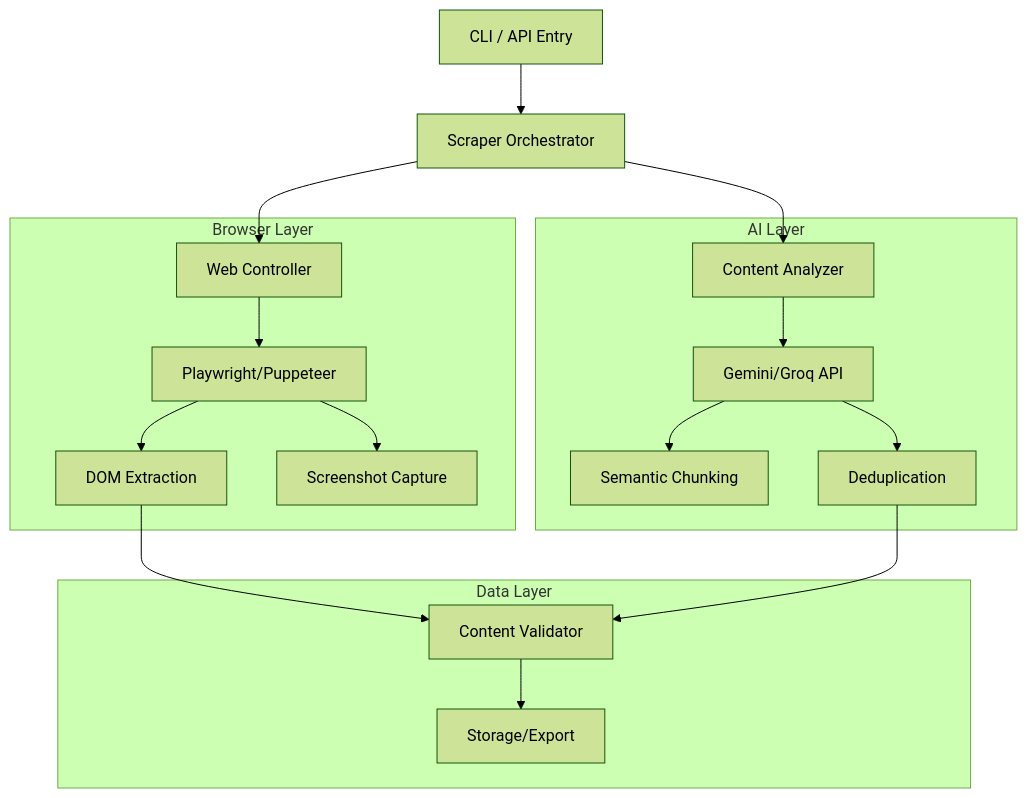
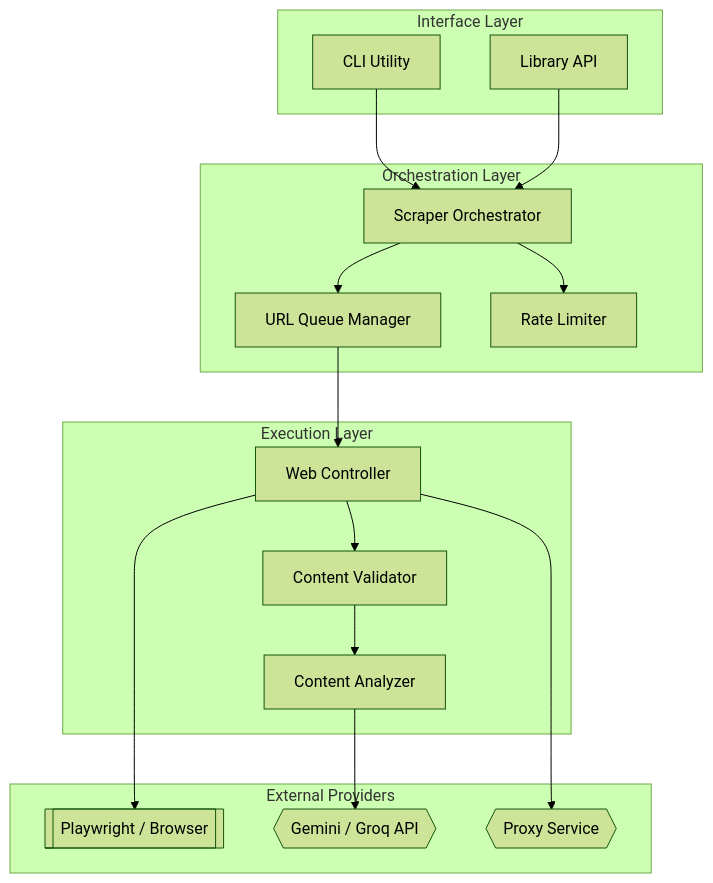
The first of 3 diagrams in README.md (ElysiumOSS/enterprise-ai-recursive-web-scraper), drawn with Mermaid (forest theme) before and after one commit. The commit also changed other lines of this file, not shown here.

````diff
--- a/README.md
+++ b/README.md
@@ -94,24 +69,36 @@
 ```mermaid
 graph TD
-    A[CLI / API Entry] --> B[Scraper Orchestrator]
-    B --> C[Web Controller]
-    B --> D[Content Analyzer]
-    
-    subgraph Browser Layer
-    C --> C1[Playwright/Puppeteer]
-    C1 --> C2[DOM Extraction]
-    C1 --> C3[Screenshot Capture]
+    subgraph "Interface Layer"
+        CLI[CLI Utility]
+        SDK[Library API]
     end
 
-    subgraph AI Layer
-    D --> D1[Gemini/Groq API]
-    D1 --> D2[Semantic Chunking]
-    D1 --> D3[Deduplication]
+    subgraph "Orchestration Layer"
+        Scraper[Scraper Orchestrator]
+        Queue[URL Queue Manager]
+        Rate[Rate Limiter]
     end
 
-    subgraph Data Layer
-    C2 --> E[Content Validator]
-    D3 --> E
-    E --> F[Storage/Export]
+    subgraph "Execution Layer"
+        Web[Web Controller]
+        AI[Content Analyzer]
+        Val[Content Validator]
     end
+
+    subgraph "External Providers"
+        Playwright[[Playwright / Browser]]
+        LLM{{Gemini / Groq API}}
+        Proxy{{Proxy Service}}
+    end
+
+    CLI --> Scraper
+    SDK --> Scraper
+    Scraper --> Queue
+    Scraper --> Rate
+    Queue --> Web
+    Web --> Playwright
+    Web --> Proxy
+    Web --> Val
+    Val --> AI
+    AI --> LLM
 ```
````
